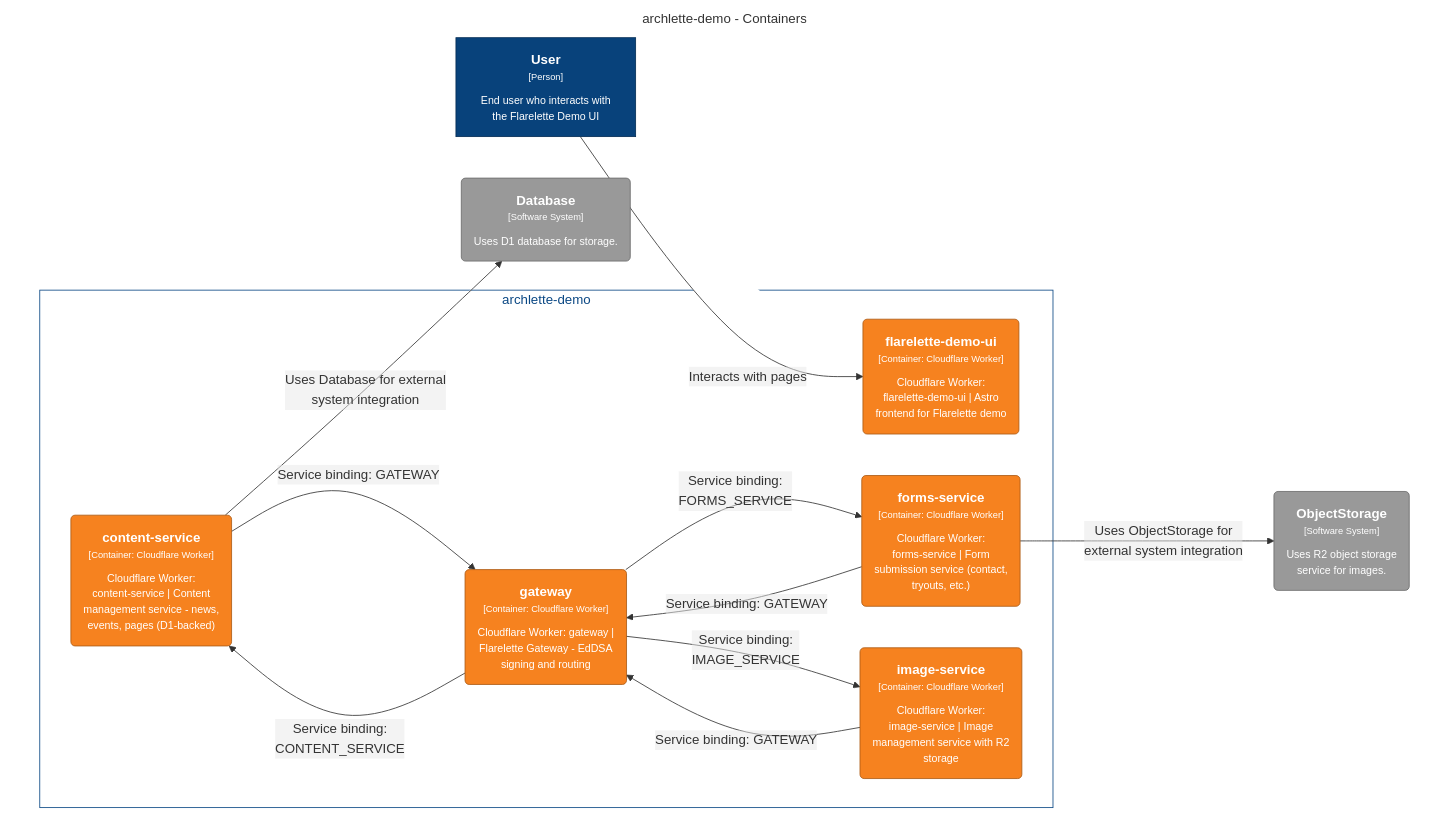
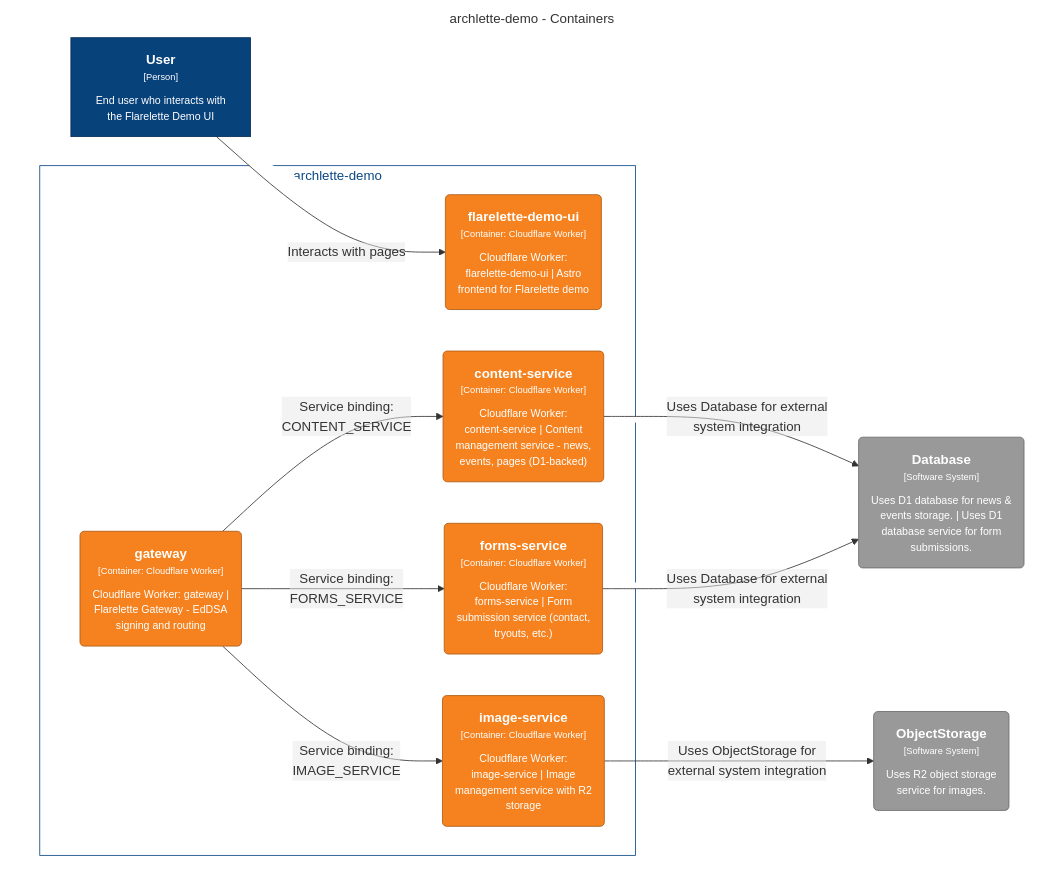
Before and after one commit to chrislyons-dev/flarelette-demo: the diagram in docs/architecture/diagrams/mermaid/structurizr-Containers.mmd, drawn with Mermaid. The commit also changed 52 other files, not shown here.

```diff
--- a/docs/architecture/diagrams/mermaid/structurizr-Containers.mmd
+++ b/docs/architecture/diagrams/mermaid/structurizr-Containers.mmd
@@ -1,38 +1,36 @@
 graph TB
   linkStyle default fill:#ffffff
 
   subgraph diagram ["archlette-demo - Containers"]
     style diagram fill:#ffffff,stroke:#ffffff
 
     1["<div style='font-weight: bold'>User</div><div style='font-size: 70%; margin-top: 0px'>[Person]</div><div style='font-size: 80%; margin-top:10px'>End user who interacts with<br />the Flarelette Demo UI</div>"]
     style 1 fill:#08427b,stroke:#052e56,color:#ffffff
-    2("<div style='font-weight: bold'>Database</div><div style='font-size: 70%; margin-top: 0px'>[Software System]</div><div style='font-size: 80%; margin-top:10px'>Uses D1 database for storage.</div>")
+    2("<div style='font-weight: bold'>Database</div><div style='font-size: 70%; margin-top: 0px'>[Software System]</div><div style='font-size: 80%; margin-top:10px'>Uses D1 database for news &<br />events storage. | Uses D1<br />database service for form<br />submissions.</div>")
     style 2 fill:#999999,stroke:#6b6b6b,color:#ffffff
     3("<div style='font-weight: bold'>ObjectStorage</div><div style='font-size: 70%; margin-top: 0px'>[Software System]</div><div style='font-size: 80%; margin-top:10px'>Uses R2 object storage<br />service for images.</div>")
     style 3 fill:#999999,stroke:#6b6b6b,color:#ffffff
 
     subgraph 4 ["archlette-demo"]
       style 4 fill:#ffffff,stroke:#0b4884,color:#0b4884
 
       19("<div style='font-weight: bold'>content-service</div><div style='font-size: 70%; margin-top: 0px'>[Container: Cloudflare Worker]</div><div style='font-size: 80%; margin-top:10px'>Cloudflare Worker:<br />content-service | Content<br />management service - news,<br />events, pages (D1-backed)</div>")
       style 19 fill:#f6821f,stroke:#ac5b15,color:#ffffff
-      23("<div style='font-weight: bold'>forms-service</div><div style='font-size: 70%; margin-top: 0px'>[Container: Cloudflare Worker]</div><div style='font-size: 80%; margin-top:10px'>Cloudflare Worker:<br />forms-service | Form<br />submission service (contact,<br />tryouts, etc.)</div>")
-      style 23 fill:#f6821f,stroke:#ac5b15,color:#ffffff
-      25("<div style='font-weight: bold'>gateway</div><div style='font-size: 70%; margin-top: 0px'>[Container: Cloudflare Worker]</div><div style='font-size: 80%; margin-top:10px'>Cloudflare Worker: gateway |<br />Flarelette Gateway - EdDSA<br />signing and routing</div>")
+      25("<div style='font-weight: bold'>forms-service</div><div style='font-size: 70%; margin-top: 0px'>[Container: Cloudflare Worker]</div><div style='font-size: 80%; margin-top:10px'>Cloudflare Worker:<br />forms-service | Form<br />submission service (contact,<br />tryouts, etc.)</div>")
       style 25 fill:#f6821f,stroke:#ac5b15,color:#ffffff
-      36("<div style='font-weight: bold'>image-service</div><div style='font-size: 70%; margin-top: 0px'>[Container: Cloudflare Worker]</div><div style='font-size: 80%; margin-top:10px'>Cloudflare Worker:<br />image-service | Image<br />management service with R2<br />storage</div>")
-      style 36 fill:#f6821f,stroke:#ac5b15,color:#ffffff
+      29("<div style='font-weight: bold'>gateway</div><div style='font-size: 70%; margin-top: 0px'>[Container: Cloudflare Worker]</div><div style='font-size: 80%; margin-top:10px'>Cloudflare Worker: gateway |<br />Flarelette Gateway - EdDSA<br />signing and routing</div>")
+      style 29 fill:#f6821f,stroke:#ac5b15,color:#ffffff
+      43("<div style='font-weight: bold'>image-service</div><div style='font-size: 70%; margin-top: 0px'>[Container: Cloudflare Worker]</div><div style='font-size: 80%; margin-top:10px'>Cloudflare Worker:<br />image-service | Image<br />management service with R2<br />storage</div>")
+      style 43 fill:#f6821f,stroke:#ac5b15,color:#ffffff
       5("<div style='font-weight: bold'>flarelette-demo-ui</div><div style='font-size: 70%; margin-top: 0px'>[Container: Cloudflare Worker]</div><div style='font-size: 80%; margin-top:10px'>Cloudflare Worker:<br />flarelette-demo-ui | Astro<br />frontend for Flarelette demo</div>")
       style 5 fill:#f6821f,stroke:#ac5b15,color:#ffffff
     end
 
-    19-- "<div>Service binding: GATEWAY</div><div style='font-size: 70%'></div>" -->25
-    23-- "<div>Service binding: GATEWAY</div><div style='font-size: 70%'></div>" -->25
-    25-- "<div>Service binding:<br />CONTENT_SERVICE</div><div style='font-size: 70%'></div>" -->19
-    25-- "<div>Service binding:<br />IMAGE_SERVICE</div><div style='font-size: 70%'></div>" -->36
-    25-- "<div>Service binding:<br />FORMS_SERVICE</div><div style='font-size: 70%'></div>" -->23
-    36-- "<div>Service binding: GATEWAY</div><div style='font-size: 70%'></div>" -->25
+    29-- "<div>Service binding:<br />CONTENT_SERVICE</div><div style='font-size: 70%'></div>" -->19
+    29-- "<div>Service binding:<br />IMAGE_SERVICE</div><div style='font-size: 70%'></div>" -->43
+    29-- "<div>Service binding:<br />FORMS_SERVICE</div><div style='font-size: 70%'></div>" -->25
     1-- "<div>Interacts with pages</div><div style='font-size: 70%'></div>" -->5
     19-- "<div>Uses Database for external<br />system integration</div><div style='font-size: 70%'></div>" -->2
-    23-- "<div>Uses ObjectStorage for<br />external system integration</div><div style='font-size: 70%'></div>" -->3
+    25-- "<div>Uses Database for external<br />system integration</div><div style='font-size: 70%'></div>" -->2
+    43-- "<div>Uses ObjectStorage for<br />external system integration</div><div style='font-size: 70%'></div>" -->3
   end
```
